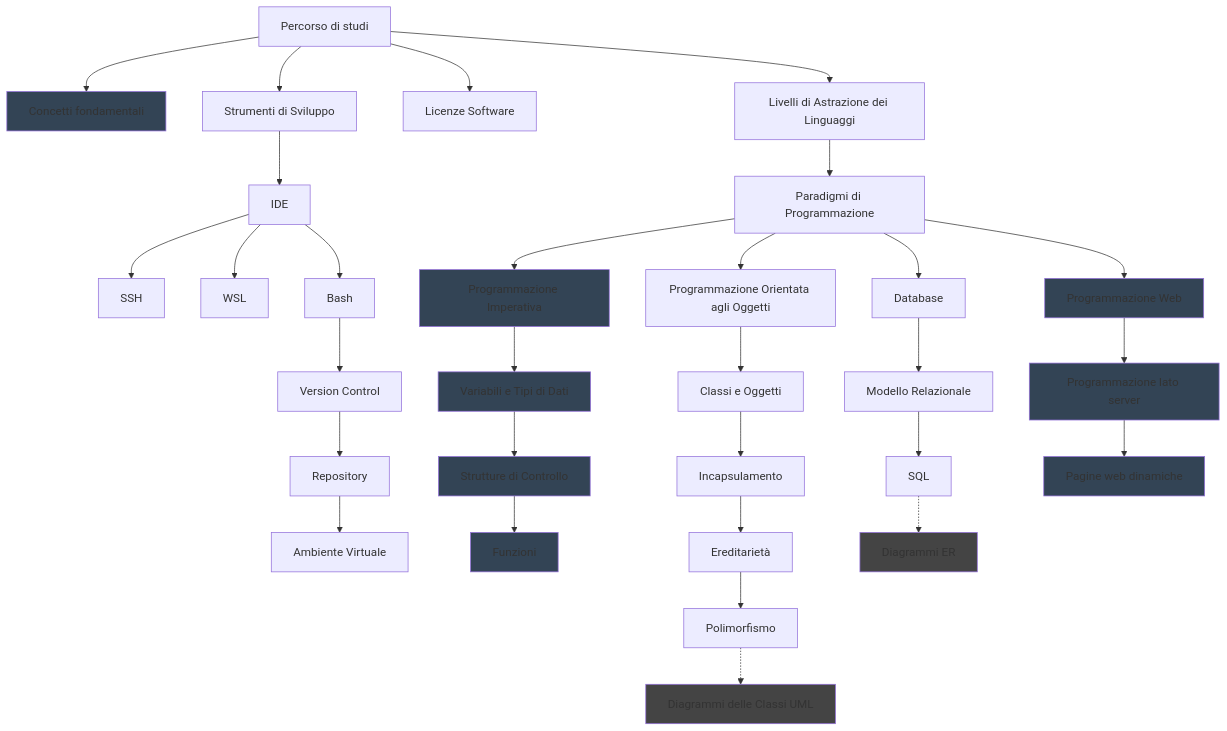
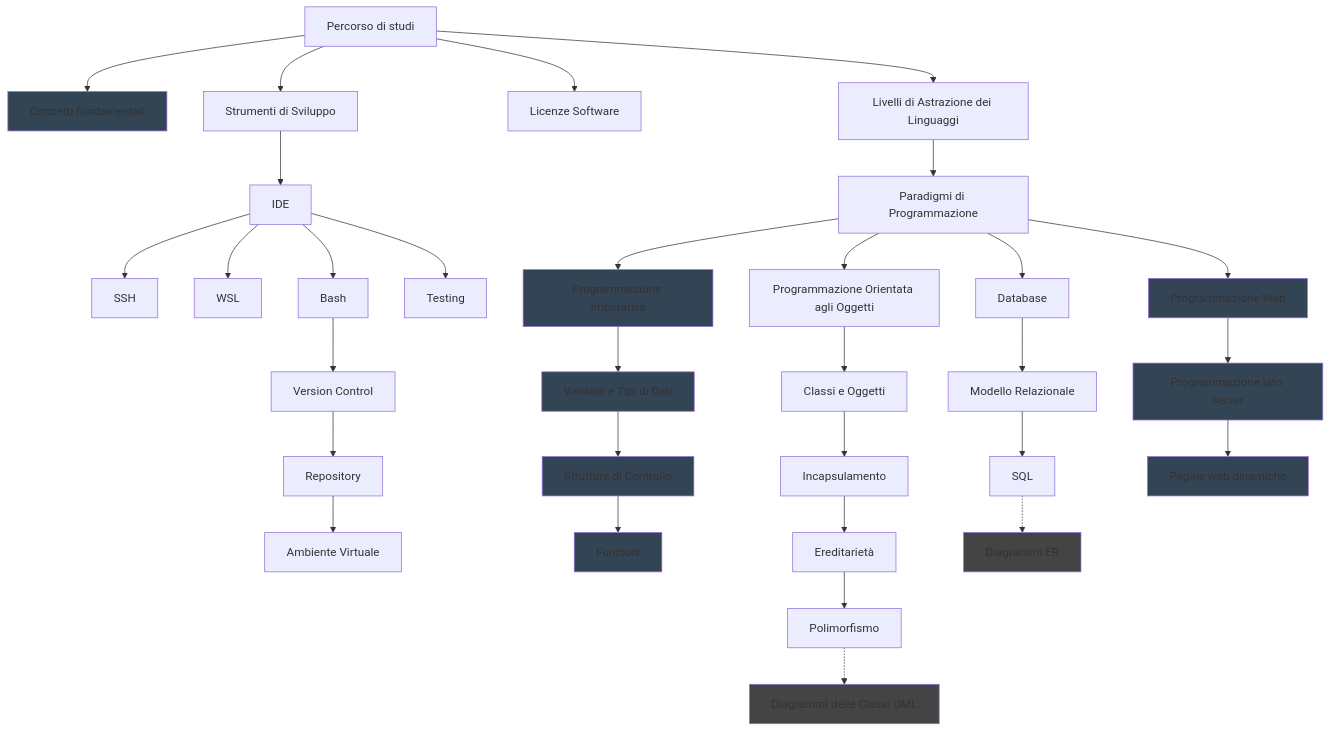
One commit to angelogalantiscuola/IT changed the diagram in _percorso_di_studi.md. Above: the diagram before and after it, drawn with Mermaid. The commit also changed 4 other files, not shown here.

````diff
--- a/_percorso_di_studi.md
+++ b/_percorso_di_studi.md
@@ -3,55 +3,56 @@
 ```mermaid
 graph TD
     AB[Percorso di studi]
 
     AB --> AD
     AD[Concetti fondamentali]
     style AD fill:#345
 
     AB --> A
     A[Strumenti di Sviluppo] --> B[IDE]
     B --> C[SSH]
     B --> D[WSL]
     B --> E[Bash]
+    B --> I[Testing]
     E --> F[Version Control]
     F --> G[Repository]
     G --> H[Ambiente Virtuale]
-    
+
     AB --> AC
     AC[Licenze Software]
-    
+
     AB --> J
     J[Livelli di Astrazione dei Linguaggi] --> K[Paradigmi di Programmazione]
-    
+
     K --> L[Programmazione Imperativa]
     L --> M[Variabili e Tipi di Dati]
     M --> N[Strutture di Controllo]
     N --> O[Funzioni]
     style L fill:#345
     style M fill:#345
     style N fill:#345
     style O fill:#345
-    
+
     K --> P
     P[Programmazione Orientata agli Oggetti] --> Q[Classi e Oggetti]
     Q --> R[Incapsulamento]
     R --> S[Ereditarietà]
     S --> T[Polimorfismo]
     T .-> Z[Diagrammi delle Classi UML]
     style Z fill:#444
-    
+
     K --> U
     U[Database] --> V[Modello Relazionale]
     V --> W[SQL]
     W .-> AA[Diagrammi ER]
     style AA fill:#444
 
     K --> AE
     AE[Programmazione Web] --> AF[Programmazione lato server]
     AF --> AG[Pagine web dinamiche]
     style AE fill:#345
     style AF fill:#345
     style AG fill:#345
 
 
 ```
````
